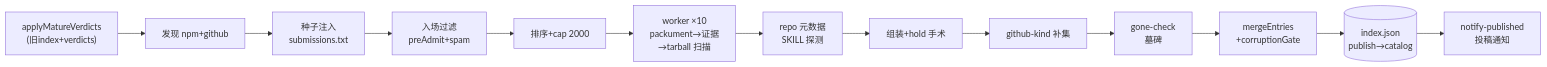
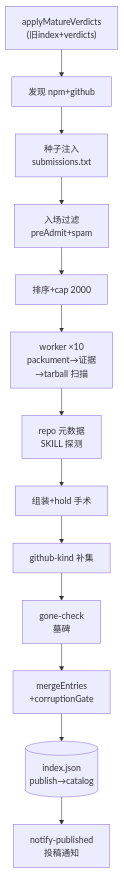
The second of 11 diagrams in docs/DATA-FLOWS.md (awesome-market/awesome-opencode-market), drawn with Mermaid before and after one commit. The commit also changed other lines of this file, not shown here.

Commit message:
docs: orient flow diagrams top-down for readability

````diff
--- a/docs/DATA-FLOWS.md
+++ b/docs/DATA-FLOWS.md
@@ -139,15 +139,15 @@
 ```mermaid
-flowchart LR
+flowchart TB
   A["applyMatureVerdicts<br/>(旧index+verdicts)"] --> B["发现 npm+github"]
   B --> C["种子注入<br/>submissions.txt"]
   C --> D["入场过滤<br/>preAdmit+spam"]
   D --> E["排序+cap 2000"]
   E --> F["worker ×10<br/>packument→证据<br/>→tarball 扫描"]
   F --> G["repo 元数据<br/>SKILL 探测"]
   G --> H["组装+hold 手术"]
   H --> I["github-kind 补集"]
   I --> J["gone-check<br/>墓碑"]
   J --> K["mergeEntries<br/>+corruptionGate"]
   K --> L[("index.json<br/>publish→catalog")]
   L --> M["notify-published<br/>投稿通知"]
 ```
````
